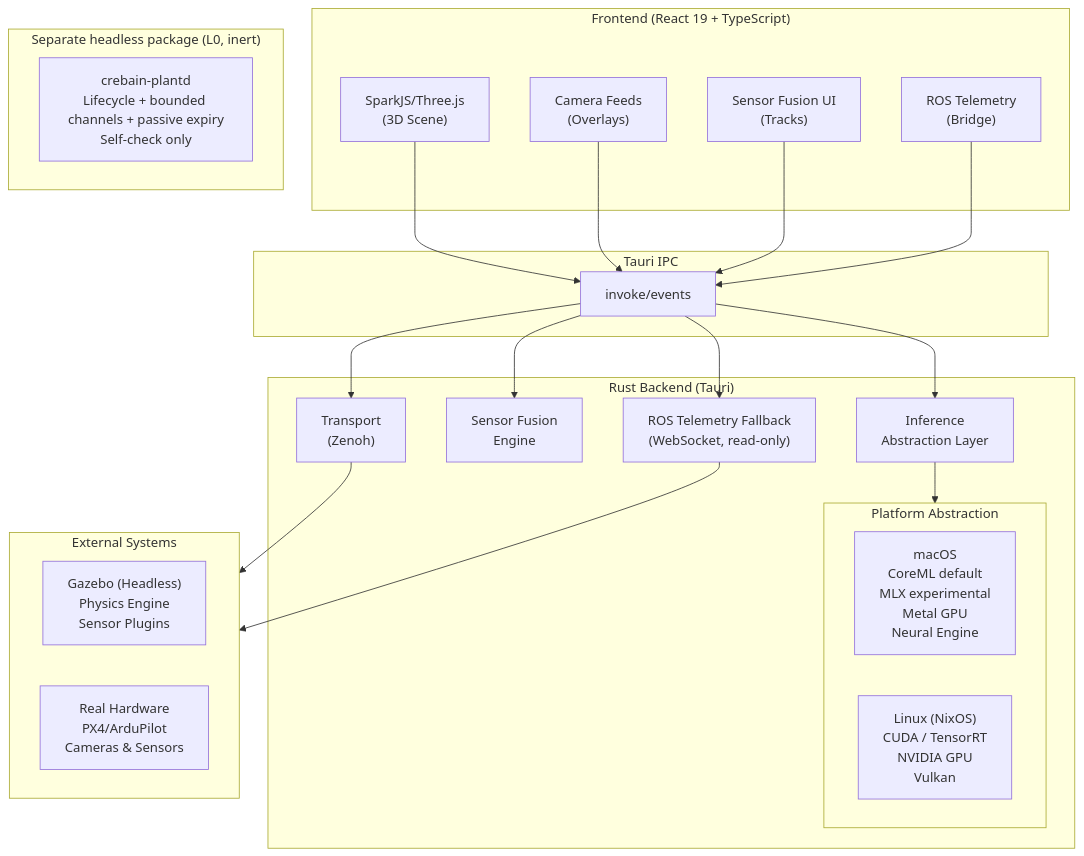
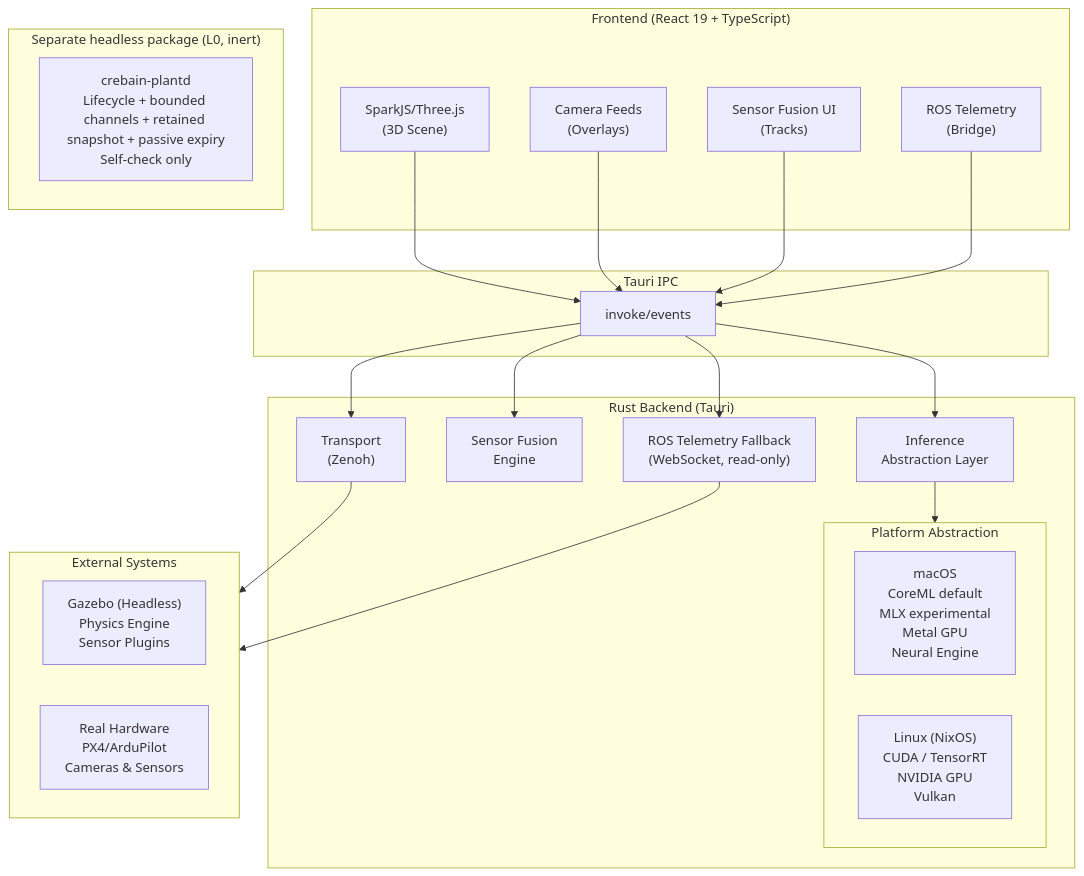
Before and after one commit to sepahead/crebain: the first of 3 diagrams in docs/ARCHITECTURE.md, drawn with Mermaid. The commit also changed other lines of this file and 17 other files, not shown here.

Commit message:
feat(plant): add retained health snapshot mechanics

````diff
--- a/docs/ARCHITECTURE.md
+++ b/docs/ARCHITECTURE.md
@@ -10,49 +10,49 @@
 ```mermaid
 graph TB
     subgraph Frontend["Frontend (React 19 + TypeScript)"]
         ThreeJS["SparkJS/Three.js<br/>(3D Scene)"]
         CameraFeeds["Camera Feeds<br/>(Overlays)"]
         FusionUI["Sensor Fusion UI<br/>(Tracks)"]
         ROSControls["ROS Telemetry<br/>(Bridge)"]
     end
 
     subgraph IPC["Tauri IPC"]
         Invoke["invoke/events"]
     end
 
     subgraph Backend["Rust Backend (Tauri)"]
         Inference["Inference<br/>Abstraction Layer"]
         SensorFusion["Sensor Fusion<br/>Engine"]
         Zenoh["Transport<br/>(Zenoh)"]
         ROSBridge["ROS Telemetry Fallback<br/>(WebSocket, read-only)"]
 
         subgraph Platform["Platform Abstraction"]
             macOS["macOS<br/>CoreML default<br/>MLX experimental<br/>Metal GPU<br/>Neural Engine"]
             Linux["Linux (NixOS)<br/>CUDA / TensorRT<br/>NVIDIA GPU<br/>Vulkan"]
         end
     end
 
     subgraph PlantFoundation["Separate headless package (L0, inert)"]
-        Plantd["crebain-plantd<br/>Lifecycle + bounded channels + passive expiry<br/>Self-check only"]
+        Plantd["crebain-plantd<br/>Lifecycle + bounded channels + retained snapshot + passive expiry<br/>Self-check only"]
     end
 
     subgraph External["External Systems"]
         Gazebo["Gazebo (Headless)<br/>Physics Engine<br/>Sensor Plugins"]
         Hardware["Real Hardware<br/>PX4/ArduPilot<br/>Cameras & Sensors"]
     end
 
     ThreeJS --> Invoke
     CameraFeeds --> Invoke
     FusionUI --> Invoke
     ROSControls --> Invoke
 
     Invoke --> Inference
     Invoke --> SensorFusion
     Invoke --> Zenoh
     Invoke --> ROSBridge
 
     Inference --> Platform
 
     Zenoh --> External
     ROSBridge --> External
 ```
````
